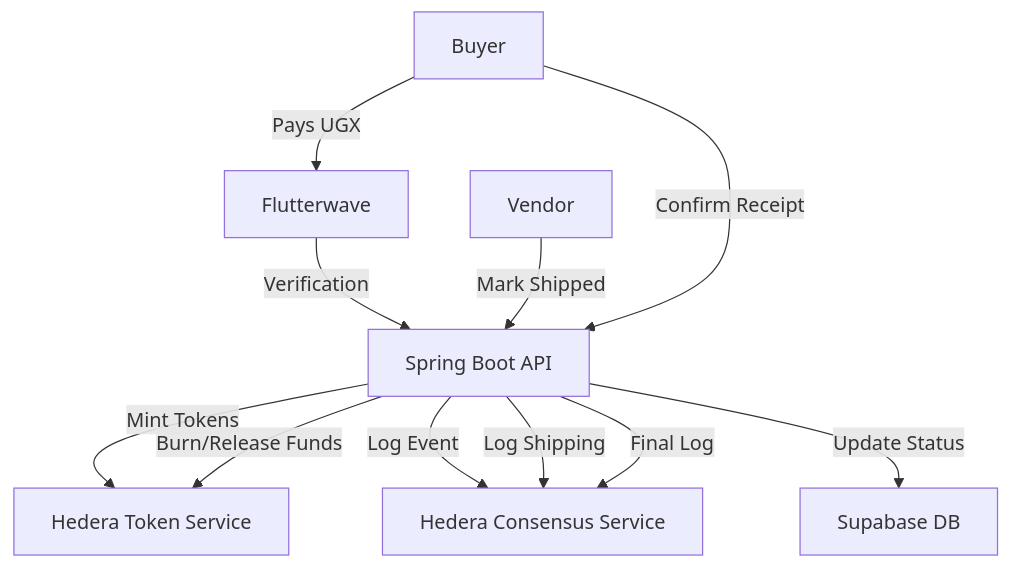
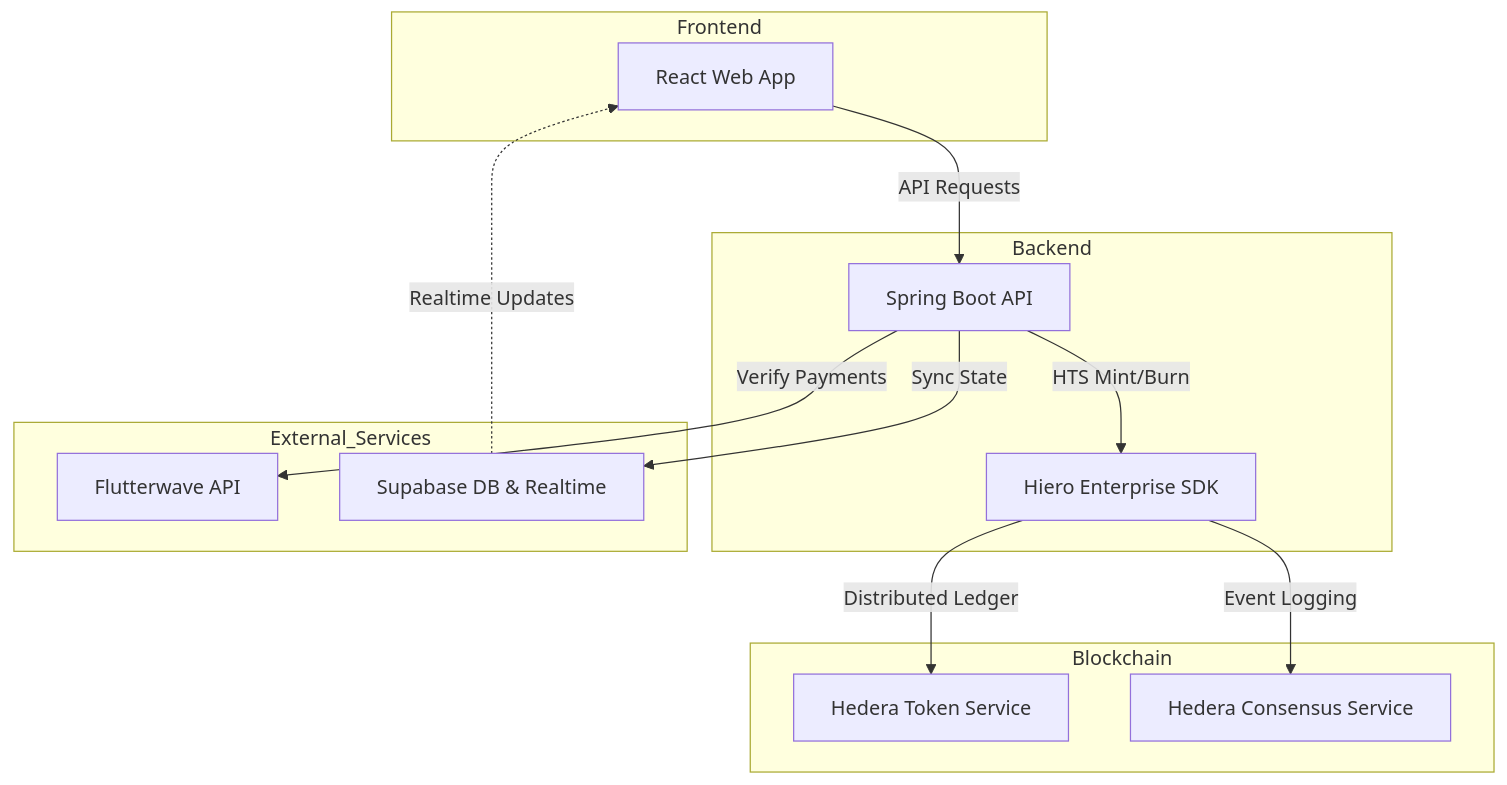
The diagram in README.md (Twiineenock/Twiinex-V2), drawn with Mermaid before and after one commit. The commit also changed other lines of this file and 2 other files, not shown here.

````diff
--- a/README.md
+++ b/README.md
@@ -37,13 +32,29 @@
 ```mermaid
 graph TD
-    Buyer[Buyer] -->|Pays UGX| FLW[Flutterwave]
-    FLW -->|Verification| API[Spring Boot API]
-    API -->|Mint Tokens| HTS[Hedera Token Service]
-    API -->|Log Event| HCS[Hedera Consensus Service]
-    API -->|Update Status| DB[Supabase DB]
-    Vendor[Vendor] -->|Mark Shipped| API
-    API -->|Log Shipping| HCS
-    Buyer -->|Confirm Receipt| API
-    API -->|Burn/Release Funds| HTS
-    API -->|Final Log| HCS
+    subgraph Frontend
+        Client[React Web App]
+    end
+
+    subgraph Backend
+        Server[Spring Boot API]
+        Hiero[Hiero Enterprise SDK]
+    end
+
+    subgraph External_Services
+        FLW[Flutterwave API]
+        SB[Supabase DB & Realtime]
+    end
+
+    subgraph Blockchain
+        HTS[Hedera Token Service]
+        HCS[Hedera Consensus Service]
+    end
+
+    Client -->|API Requests| Server
+    Server -->|Verify Payments| FLW
+    Server -->|Sync State| SB
+    Server -->|HTS Mint/Burn| Hiero
+    Hiero -->|Distributed Ledger| HTS
+    Hiero -->|Event Logging| HCS
+    SB -.->|Realtime Updates| Client
 ```
````
